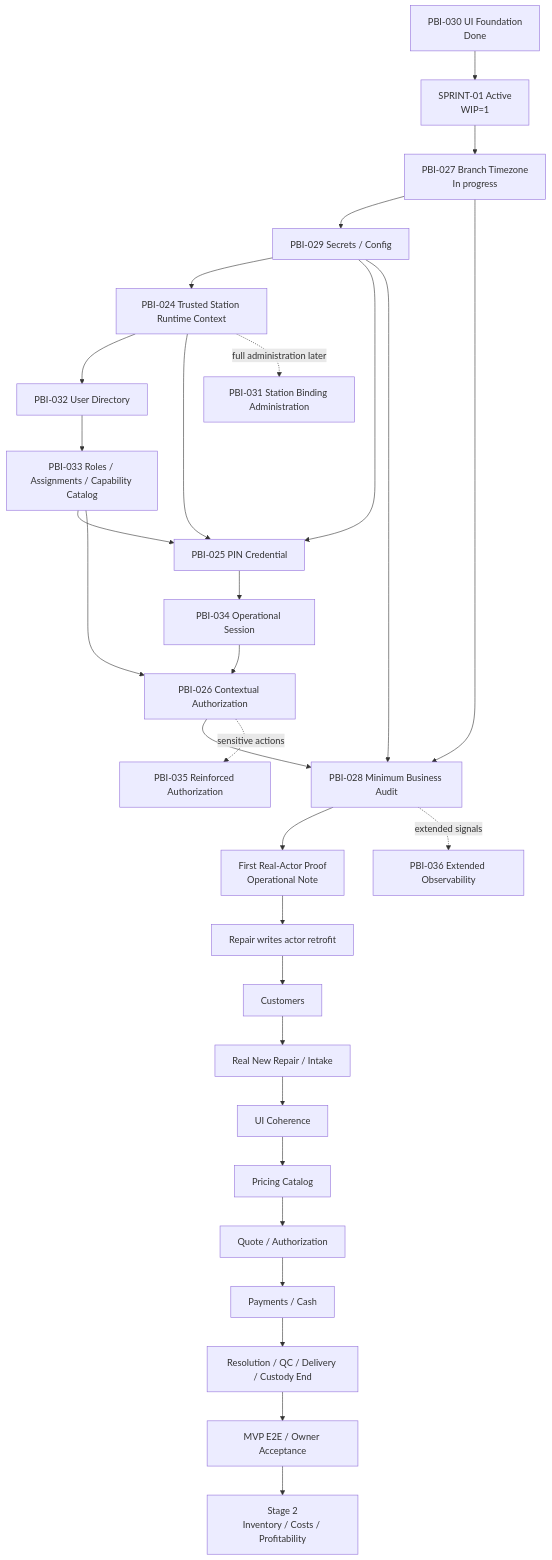
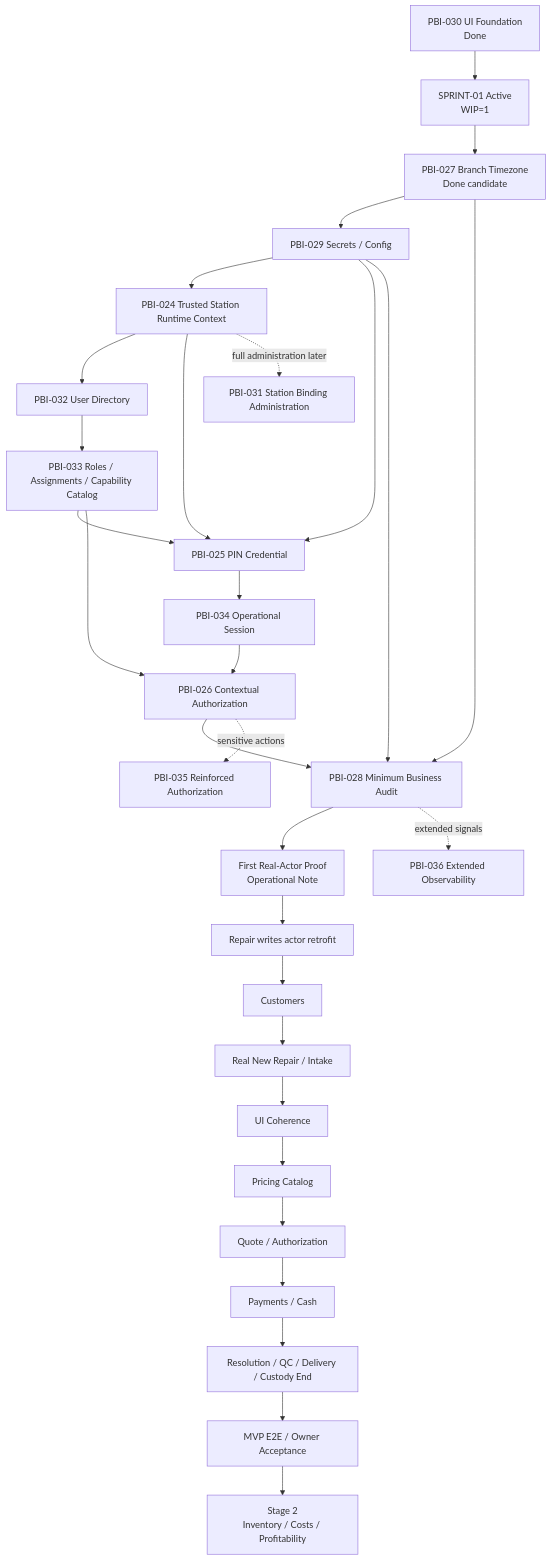
The diagram in docs/backlog/DEPENDENCY_MAP.md (luisgtzaviles/SrTaller-2.0), drawn with Mermaid before and after one commit. The commit also changed other lines of this file and 16 other files, not shown here.

````diff
--- a/docs/backlog/DEPENDENCY_MAP.md
+++ b/docs/backlog/DEPENDENCY_MAP.md
@@ -13,32 +13,32 @@
 ```mermaid
 flowchart TD
     P30[PBI-030 UI Foundation<br/>Done] --> S1[SPRINT-01 Active<br/>WIP=1]
-    S1 --> P27[PBI-027 Branch Timezone<br/>In progress]
+    S1 --> P27[PBI-027 Branch Timezone<br/>Done candidate]
     P27 --> P29[PBI-029 Secrets / Config]
     P29 --> P24[PBI-024 Trusted Station Runtime Context]
     P24 --> P32[PBI-032 User Directory]
     P32 --> P33[PBI-033 Roles / Assignments / Capability Catalog]
     P33 --> P25[PBI-025 PIN Credential]
     P24 --> P25
     P29 --> P25
     P25 --> P34[PBI-034 Operational Session]
     P34 --> P26[PBI-026 Contextual Authorization]
     P33 --> P26
     P26 --> P28[PBI-028 Minimum Business Audit]
     P27 --> P28
     P29 --> P28
     P28 --> NOTE[First Real-Actor Proof<br/>Operational Note]
     NOTE --> RETRO[Repair writes actor retrofit]
     RETRO --> CUSTOMERS[Customers]
     CUSTOMERS --> INTAKE[Real New Repair / Intake]
     INTAKE --> POLISH[UI Coherence]
     POLISH --> PRICING[Pricing Catalog]
     PRICING --> QUOTE[Quote / Authorization]
     QUOTE --> MONEY[Payments / Cash]
     MONEY --> DELIVERY[Resolution / QC / Delivery / Custody End]
     DELIVERY --> MVP[MVP E2E / Owner Acceptance]
     P24 -. full administration later .-> P31[PBI-031 Station Binding Administration]
     P26 -. sensitive actions .-> P35[PBI-035 Reinforced Authorization]
     P28 -. extended signals .-> P36[PBI-036 Extended Observability]
     MVP --> STAGE2[Stage 2<br/>Inventory / Costs / Profitability]
 ```
````
